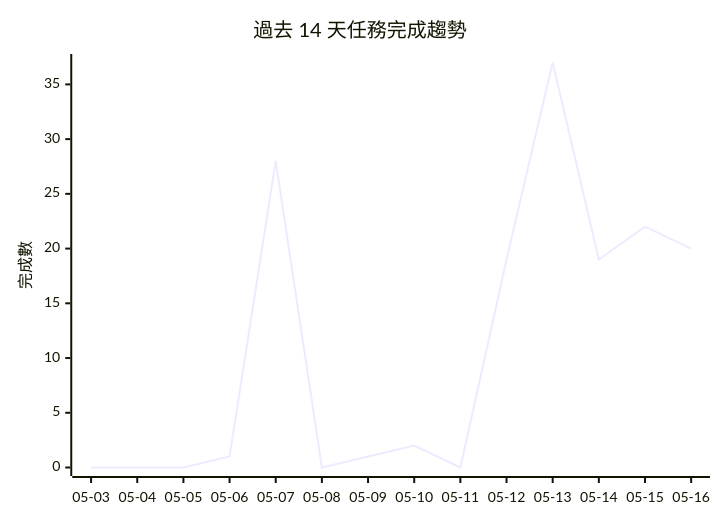
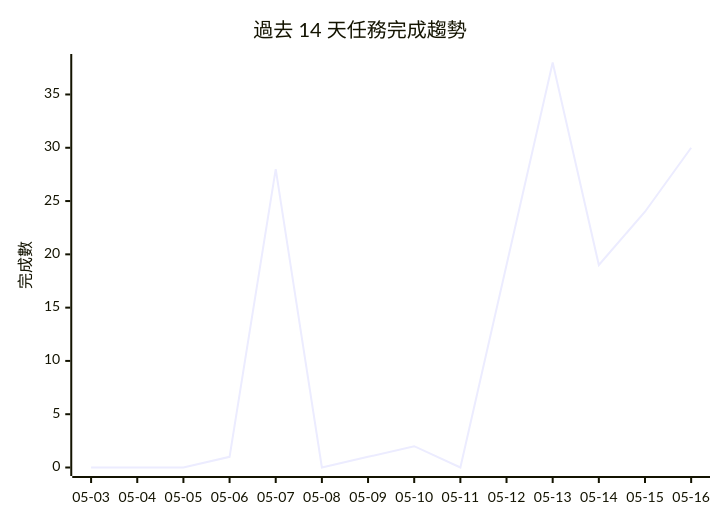
One commit to openclawchen8-lgtm/openclawchen8-lgtm changed the diagram in README.md. Above: the diagram before and after it, drawn with Mermaid. The commit also changed other lines of this file, not shown here.

````diff
--- a/README.md
+++ b/README.md
@@ -168,7 +152,7 @@
 ```mermaid
 xychart-beta
     title "過去 14 天任務完成趨勢"
     x-axis ["05-03", "05-04", "05-05", "05-06", "05-07", "05-08", "05-09", "05-10", "05-11", "05-12", "05-13", "05-14", "05-15", "05-16"]
-    y-axis "完成數" 0 --> 37
-    line [0, 0, 0, 1, 28, 0, 1, 2, 0, 19, 37, 19, 22, 20]
+    y-axis "完成數" 0 --> 38
+    line [0, 0, 0, 1, 28, 0, 1, 2, 0, 19, 38, 19, 24, 30]
 ```
````
